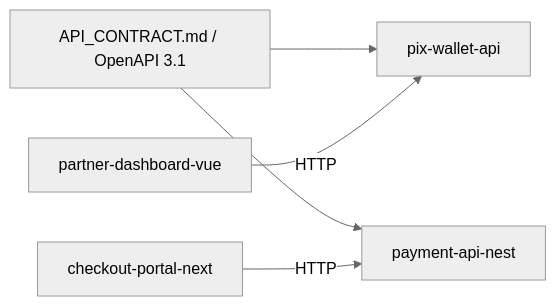
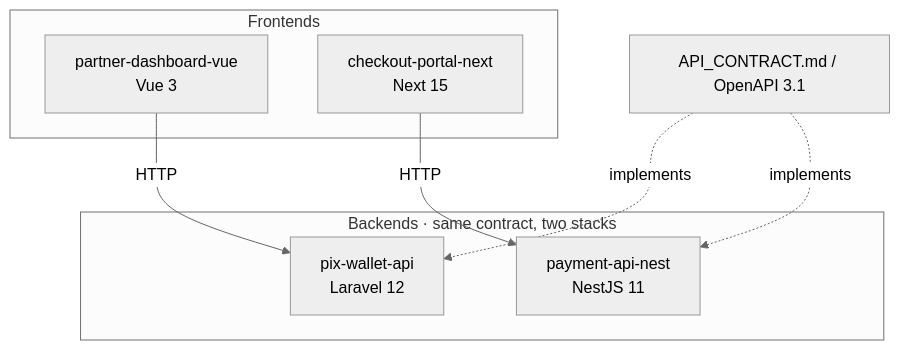
Before and after one commit to MatGoncal/MatGoncal: the diagram in README.md, drawn with Mermaid (neutral theme). The commit also changed other lines of this file, not shown here.

Commit message:
Improve profile README diagram and contact section.
Clarify that Laravel and NestJS are parallel implementations of the same
AcmePay contract, add onboarding text, and replace redundant GitHub link
with LinkedIn and email.

````diff
--- a/README.md
+++ b/README.md
@@ -16,12 +20,19 @@
 ```mermaid
-graph LR
+graph TB
   Contract["API_CONTRACT.md / OpenAPI 3.1"]
-  Laravel["pix-wallet-api"]
-  Nest["payment-api-nest"]
-  Vue["partner-dashboard-vue"]
-  Next["checkout-portal-next"]
-  Contract --> Laravel
-  Contract --> Nest
+
+  subgraph FE["Frontends"]
+    Vue["partner-dashboard-vue<br/>Vue 3"]
+    Next["checkout-portal-next<br/>Next 15"]
+  end
+
+  subgraph BE["Backends · same contract, two stacks"]
+    Laravel["pix-wallet-api<br/>Laravel 12"]
+    Nest["payment-api-nest<br/>NestJS 11"]
+  end
+
+  Contract -.->|implements| Laravel
+  Contract -.->|implements| Nest
   Vue -->|HTTP| Laravel
   Next -->|HTTP| Nest
 ```
````
